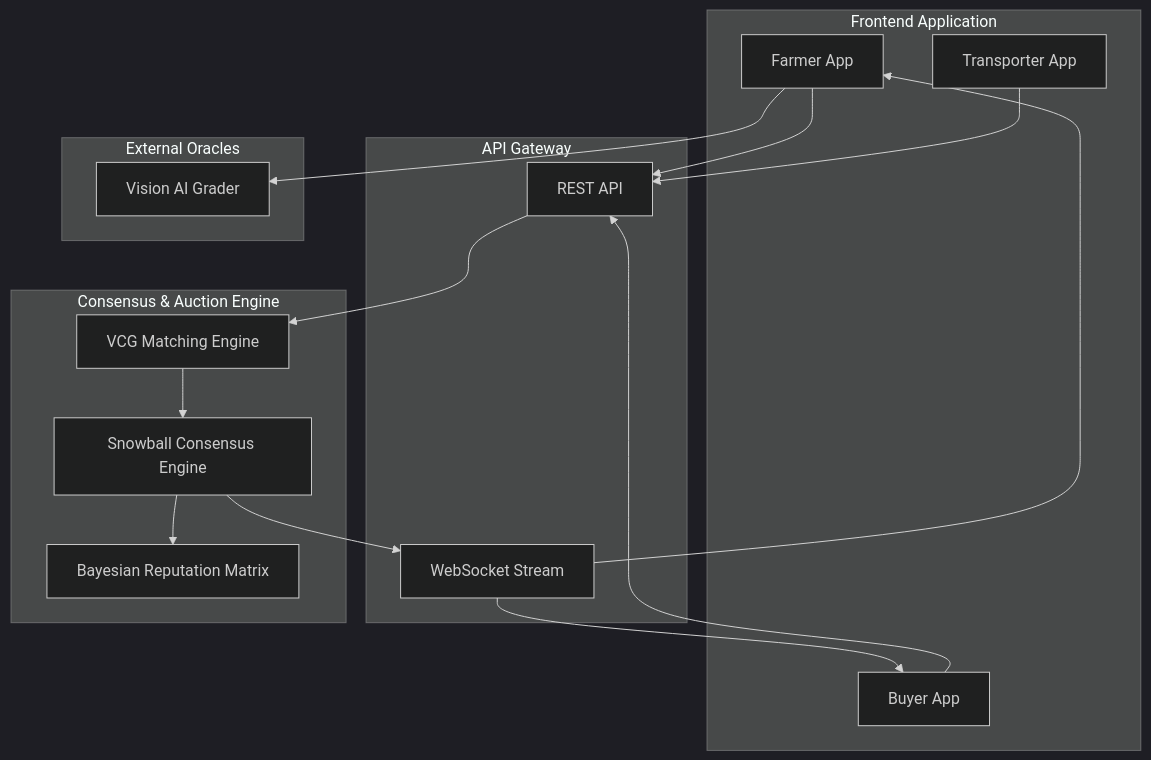
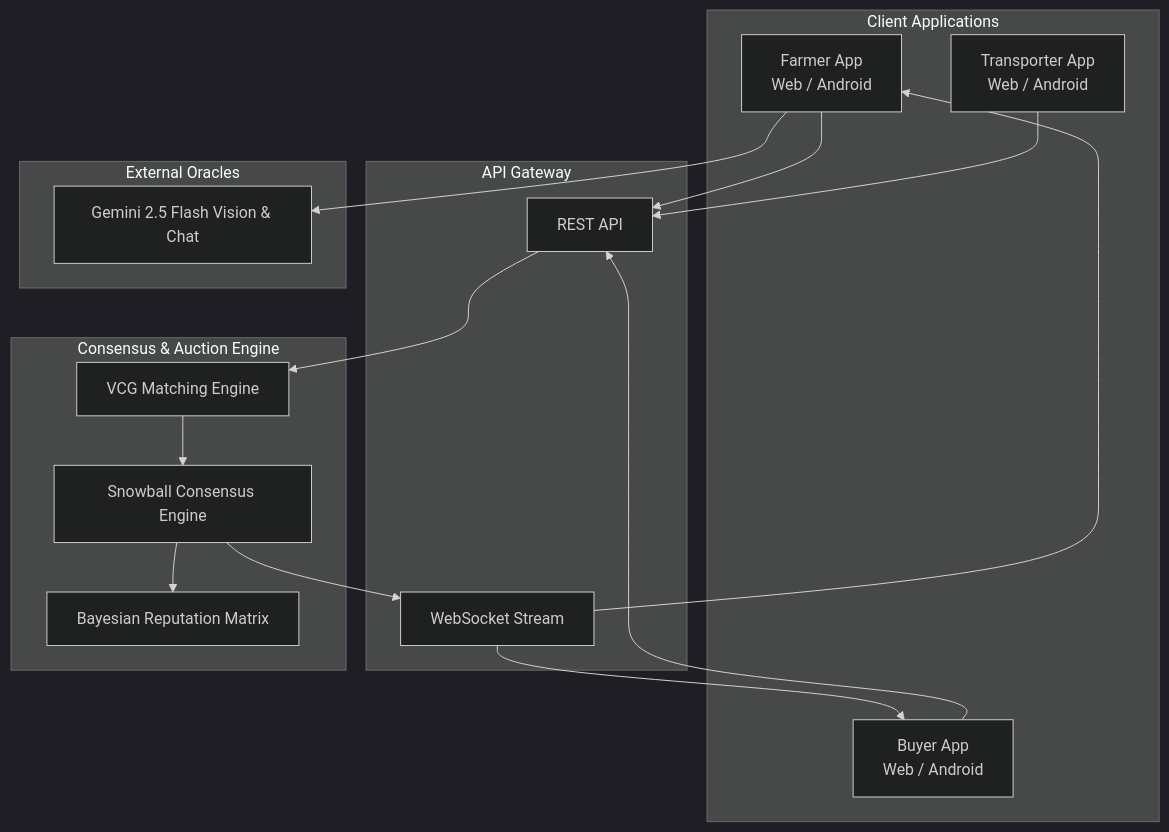
Before and after one commit to yashclouded/GRAM: the first of 3 diagrams in README.md, drawn with Mermaid (dark theme). The commit also changed other lines of this file, not shown here.

Commit message:
docs: align readme with problem statement and add diagrams

````diff
--- a/README.md
+++ b/README.md
@@ -11,36 +21,36 @@
 ```mermaid
 graph TD
-    subgraph Frontend Application
-        F[Farmer App]
-        B[Buyer App]
-        T[Transporter App]
+    subgraph Client Applications
+        F[Farmer App <br/> Web / Android]
+        B[Buyer App <br/> Web / Android]
+        T[Transporter App <br/> Web / Android]
     end
 
     subgraph API Gateway
         REST[REST API]
         WS[WebSocket Stream]
     end
 
     subgraph Consensus & Auction Engine
         M[VCG Matching Engine]
         S[Snowball Consensus Engine]
         R[Bayesian Reputation Matrix]
     end
 
     subgraph External Oracles
-        AI[Vision AI Grader]
+        AI[Gemini 2.5 Flash Vision & Chat]
     end
 
     F --> REST
     B --> REST
     T --> REST
     
     REST --> M
     M --> S
     S --> R
     S --> WS
     WS --> F
     WS --> B
     
     F --> AI
 ```
````
